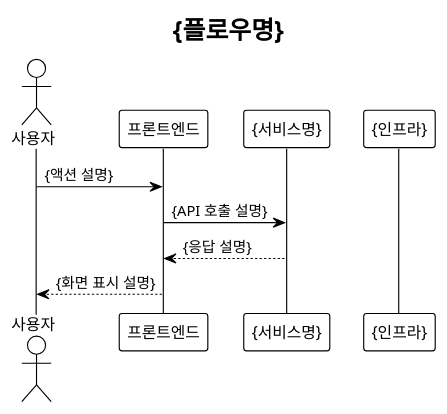
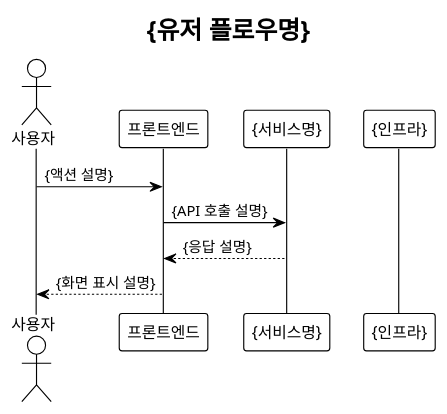
The diagram in resources/guides/design/sequence-outer-design.md (unicorn-plugins/npd), drawn with PlantUML before and after one commit. The commit also changed other lines of this file and 51 other files, not shown here.

````diff
--- a/resources/guides/design/sequence-outer-design.md
+++ b/resources/guides/design/sequence-outer-design.md
@@ -57,15 +56,15 @@
 ```plantuml
 !theme mono
 
-title {플로우명}
+title {유저 플로우명}
 
 actor "사용자" as user
 participant "프론트엔드" as fe
 participant "{서비스명}" as svc
 participant "{인프라}" as infra
 
 user -> fe : {액션 설명}
 fe -> svc : {API 호출 설명}
 svc --> fe : {응답 설명}
 fe --> user : {화면 표시 설명}
 ```
````
